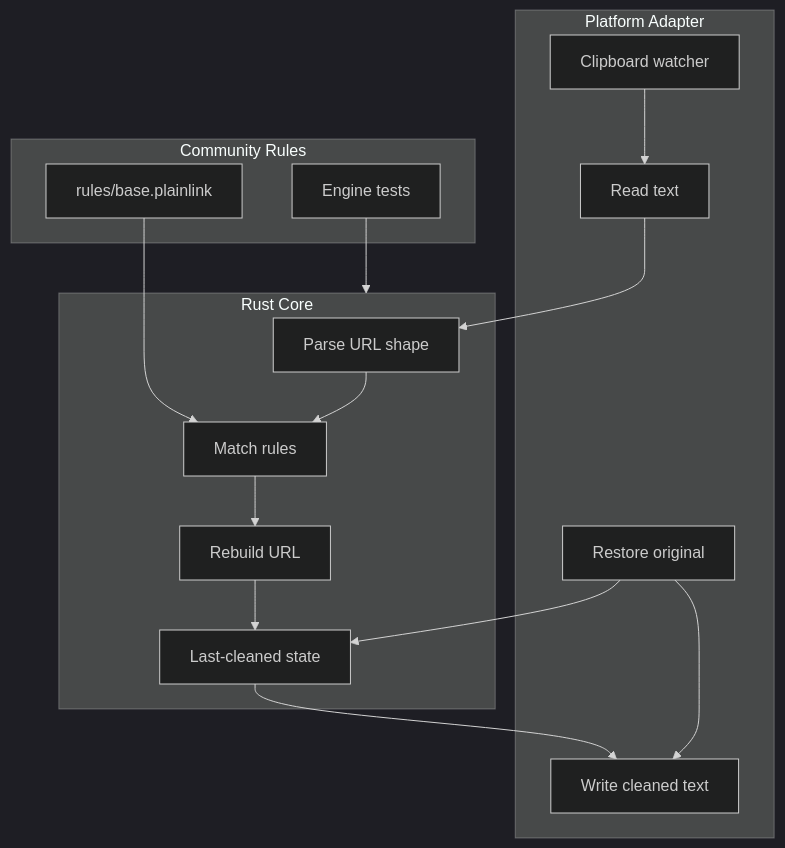
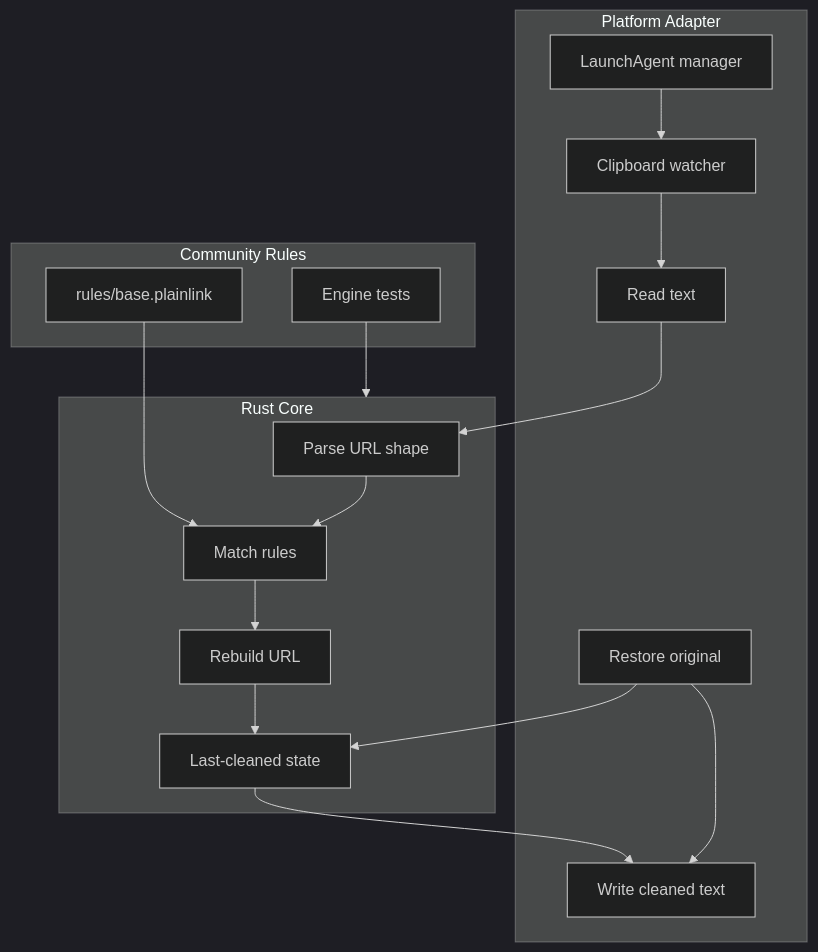
Before and after one commit to HexCodeYT/PlainLink: the first of 3 diagrams in docs/ARCHITECTURE.md, drawn with Mermaid (dark theme). The commit also changed other lines of this file and 6 other files, not shown here.

First line of the commit message:
feat: add LaunchAgent management commands

````diff
--- a/docs/ARCHITECTURE.md
+++ b/docs/ARCHITECTURE.md
@@ -5,27 +5,29 @@
 ```mermaid
 flowchart TB
     subgraph Platform["Platform Adapter"]
+        Agent["LaunchAgent manager"]
         Watch["Clipboard watcher"]
         Read["Read text"]
         Write["Write cleaned text"]
         Restore["Restore original"]
     end
 
     subgraph Core["Rust Core"]
         Parse["Parse URL shape"]
         Match["Match rules"]
         Rebuild["Rebuild URL"]
         State["Last-cleaned state"]
     end
 
     subgraph Community["Community Rules"]
         Base["rules/base.plainlink"]
         Tests["Engine tests"]
     end
 
+    Agent --> Watch
     Watch --> Read --> Parse --> Match --> Rebuild --> State --> Write
     Restore --> State
     Restore --> Write
     Base --> Match
     Tests --> Core
 ```
````
